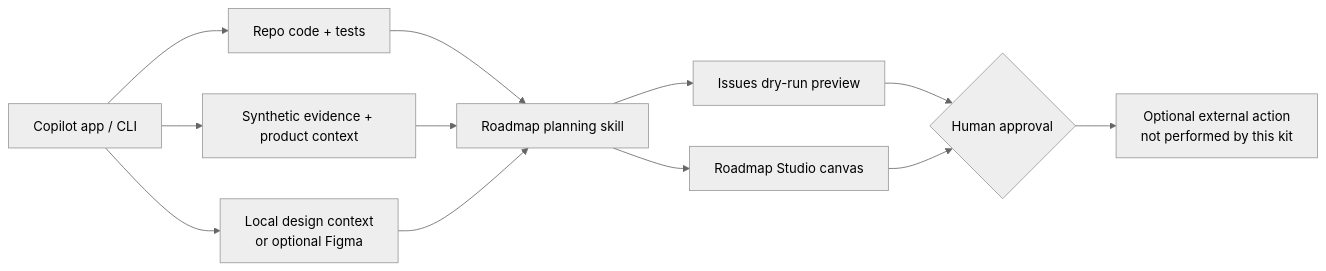
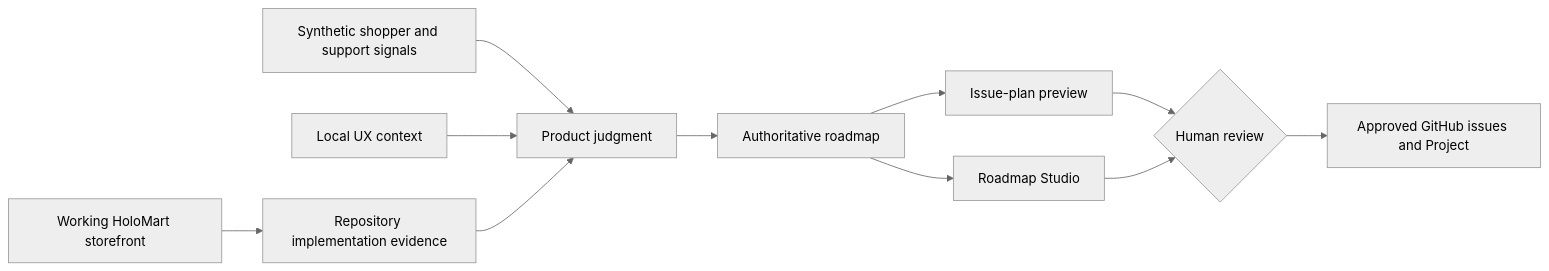
One commit to VeVarunSharma/pokemon-holomart changed the diagram in README.md. Above: the diagram before and after it, drawn with Mermaid (neutral theme). The commit also changed other lines of this file and 67 other files, not shown here.

First line of the commit message:
Build HoloMart Pokemon card marketplace

````diff
--- a/README.md
+++ b/README.md
@@ -21,14 +47,13 @@
 ```mermaid
 flowchart LR
-  C[Copilot app / CLI] --> R[Repo code + tests]
-  C --> E[Synthetic evidence + product context]
-  C --> D[Local design context<br/>or optional Figma]
-  R --> P[Roadmap planning skill]
-  E --> P
-  D --> P
-  P --> I[Issues dry-run preview]
-  P --> S[Roadmap Studio canvas]
-  I --> H{Human approval}
-  S --> H
-  H --> X[Optional external action<br/>not performed by this kit]
+  A[Working HoloMart storefront] --> B[Repository implementation evidence]
+  C[Synthetic shopper and support signals] --> D[Product judgment]
+  E[Local UX context] --> D
+  B --> D
+  D --> F[Authoritative roadmap]
+  F --> G[Issue-plan preview]
+  F --> H[Roadmap Studio]
+  G --> I{Human review}
+  H --> I
+  I --> J[Approved GitHub issues and Project]
 ```
````
